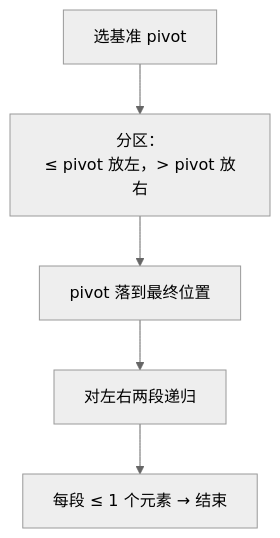
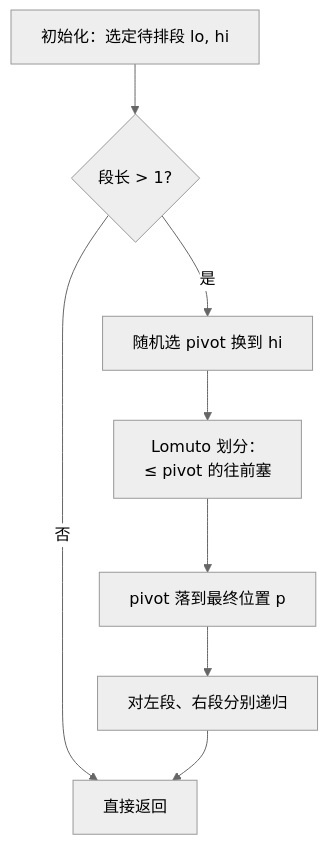
One commit to OctalZero/hot100-py changed the first of 2 diagrams in 19-大厂加餐/腾讯加餐/0912-排序数组.md. Above: the diagram before and after it, drawn with Mermaid (neutral theme). The commit also changed other lines of this file and 117 other files, not shown here.

First line of the commit message:
feat: 全题解配图升级为「动画式 mermaid」（总览骨架 + 横向时间线逐步推演）

````diff
--- a/19-大厂加餐/腾讯加餐/0912-排序数组.md
+++ b/19-大厂加餐/腾讯加餐/0912-排序数组.md
@@ -26,7 +26,10 @@
 ```mermaid
 flowchart TD
-    A["选基准 pivot"] --> B["分区：<br/>≤ pivot 放左，> pivot 放右"]
-    B --> C["pivot 落到最终位置"]
-    C --> D["对左右两段递归"]
-    D --> E["每段 ≤ 1 个元素 → 结束"]
+    A["初始化：选定待排段 lo, hi"] --> B{"段长 > 1?"}
+    B -->|"否"| G["直接返回"]
+    B -->|"是"| C["随机选 pivot 换到 hi"]
+    C --> D["Lomuto 划分：<br/>≤ pivot 的往前塞"]
+    D --> E["pivot 落到最终位置 p"]
+    E --> F["对左段、右段分别递归"]
+    F --> G
 ```
````
